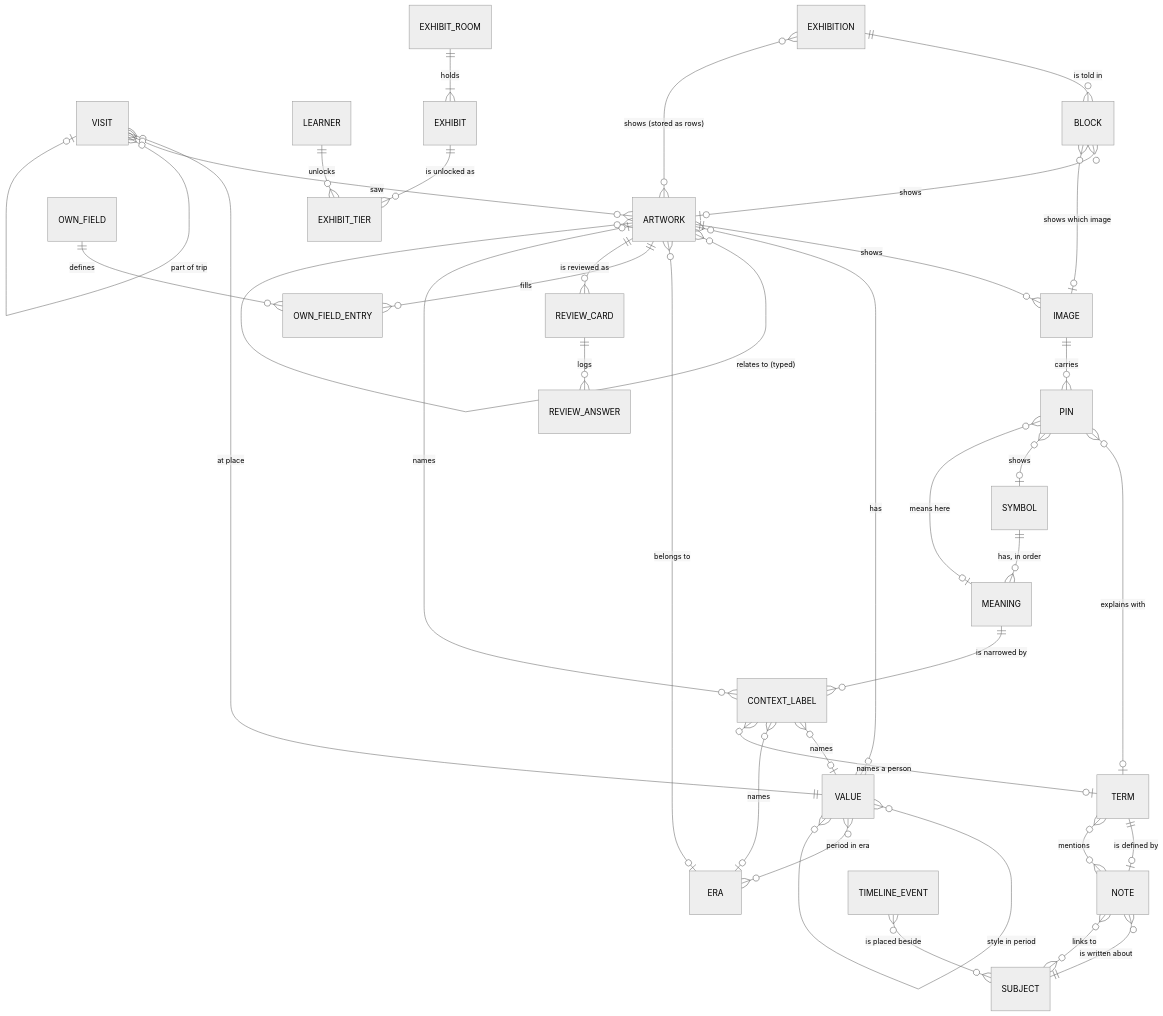
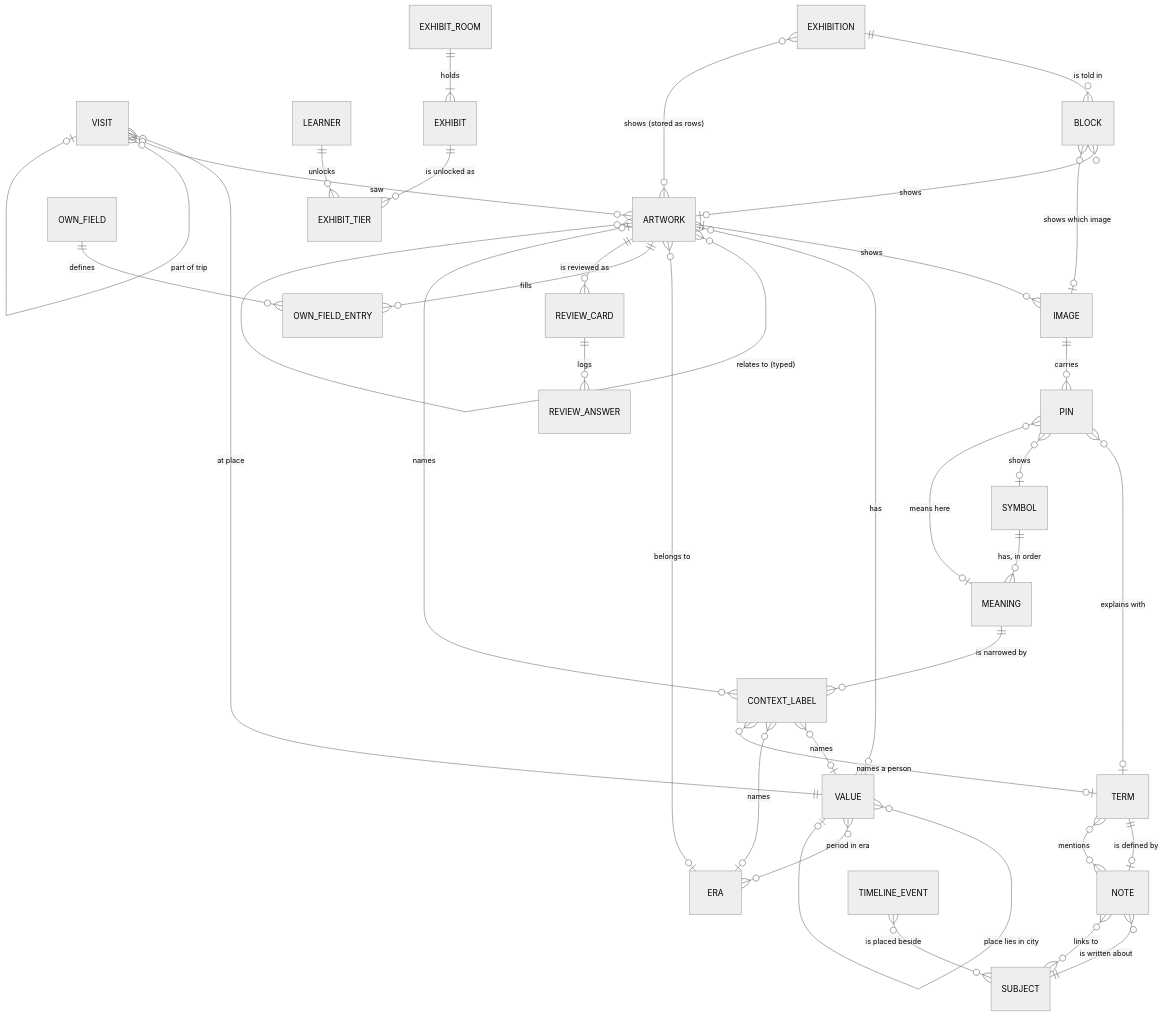
The diagram in docs/data-model/conceptual.md (kamil-nawrot/study-atelier), drawn with Mermaid (neutral theme) before and after one commit. The commit also changed 10 other files, not shown here.

First line of the commit message:
docs(decisions): ATL-711 - record the design of the city of a place

````diff
--- a/docs/data-model/conceptual.md
+++ b/docs/data-model/conceptual.md
@@ -5,39 +5,40 @@
 ```mermaid
 erDiagram
   ARTWORK ||--o{ IMAGE : "shows"
   IMAGE ||--o{ PIN : "carries"
   PIN }o--o| TERM : "explains with"
   PIN }o--o| SYMBOL : "shows"
   PIN }o--o| MEANING : "means here"
   SYMBOL ||--o{ MEANING : "has, in order"
   MEANING ||--o{ CONTEXT_LABEL : "is narrowed by"
   CONTEXT_LABEL }o--o| VALUE : "names"
   CONTEXT_LABEL }o--o| ERA : "names"
   CONTEXT_LABEL }o--o| ARTWORK : "names"
   CONTEXT_LABEL }o--o| TERM : "names a person"
   ARTWORK }o--o{ VALUE : "has"
   ARTWORK }o--o{ ARTWORK : "relates to (typed)"
   VALUE }o--o{ VALUE : "author relates to author (typed)"
   ARTWORK }o--o| ERA : "belongs to"
   VALUE }o--o{ ERA : "period in era"
   VALUE }o--o{ VALUE : "style in period"
   ARTWORK ||--o{ OWN_FIELD_ENTRY : "fills"
   OWN_FIELD ||--o{ OWN_FIELD_ENTRY : "defines"
   VISIT }o--|| VALUE : "at place"
+  VALUE }o--o| VALUE : "place lies in city"
   VISIT }o--o{ ARTWORK : "saw"
   VISIT }o--o| VISIT : "part of trip"
   NOTE }o--|| SUBJECT : "is written about"
   NOTE }o--o{ SUBJECT : "links to"
   NOTE }o--o{ TERM : "mentions"
   TERM ||--o| NOTE : "is defined by"
   ARTWORK ||--o{ REVIEW_CARD : "is reviewed as"
   REVIEW_CARD ||--o{ REVIEW_ANSWER : "logs"
   LEARNER ||--o{ EXHIBIT_TIER : "unlocks"
   EXHIBIT ||--o{ EXHIBIT_TIER : "is unlocked as"
   EXHIBIT_ROOM ||--|{ EXHIBIT : "holds"
   TIMELINE_EVENT }o--o{ SUBJECT : "is placed beside"
   EXHIBITION ||--o{ BLOCK : "is told in"
   BLOCK }o--o| ARTWORK : "shows"
   BLOCK }o--o| IMAGE : "shows which image"
   EXHIBITION }o--o{ ARTWORK : "shows (stored as rows)"
 ```
````
